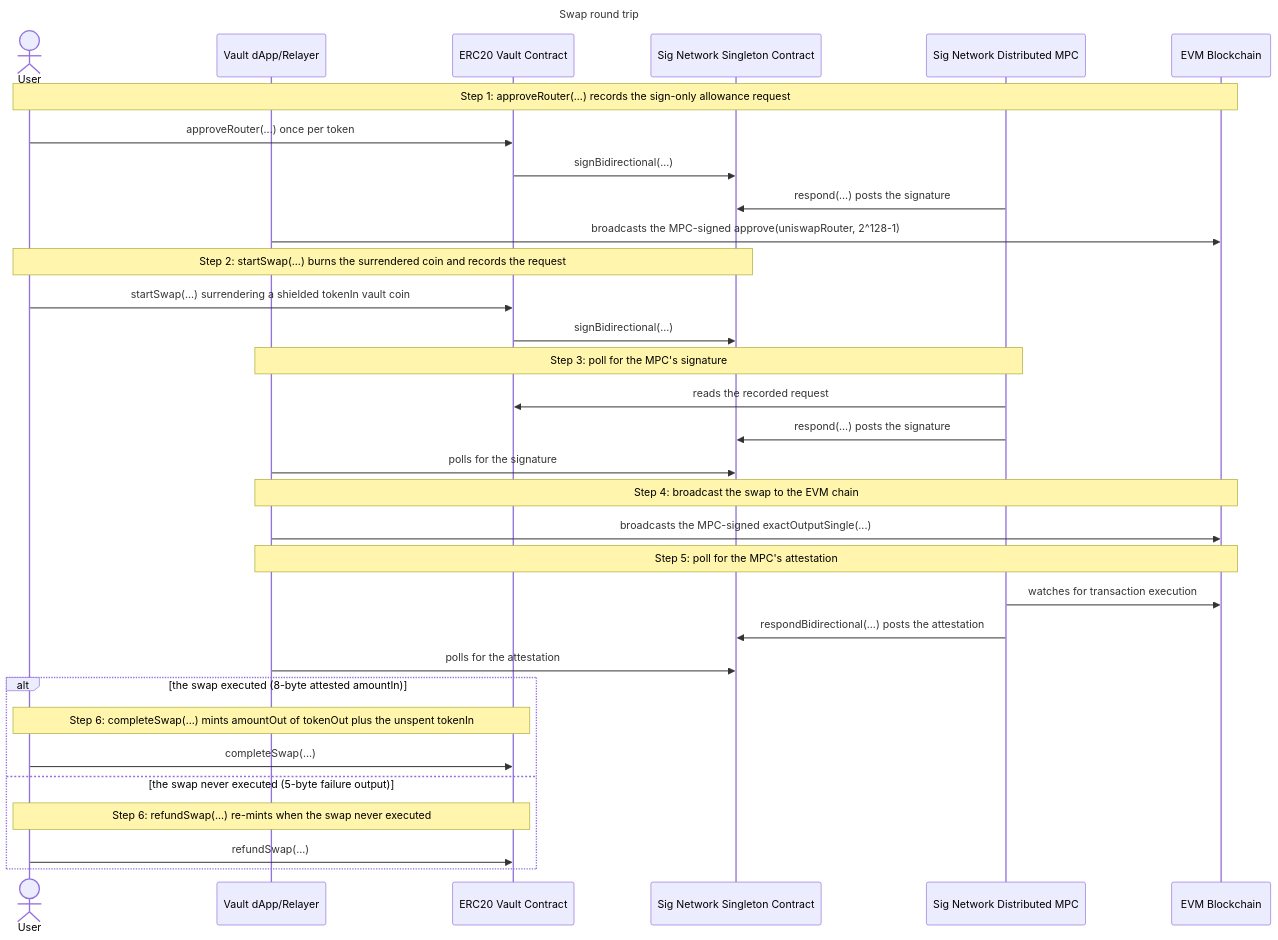
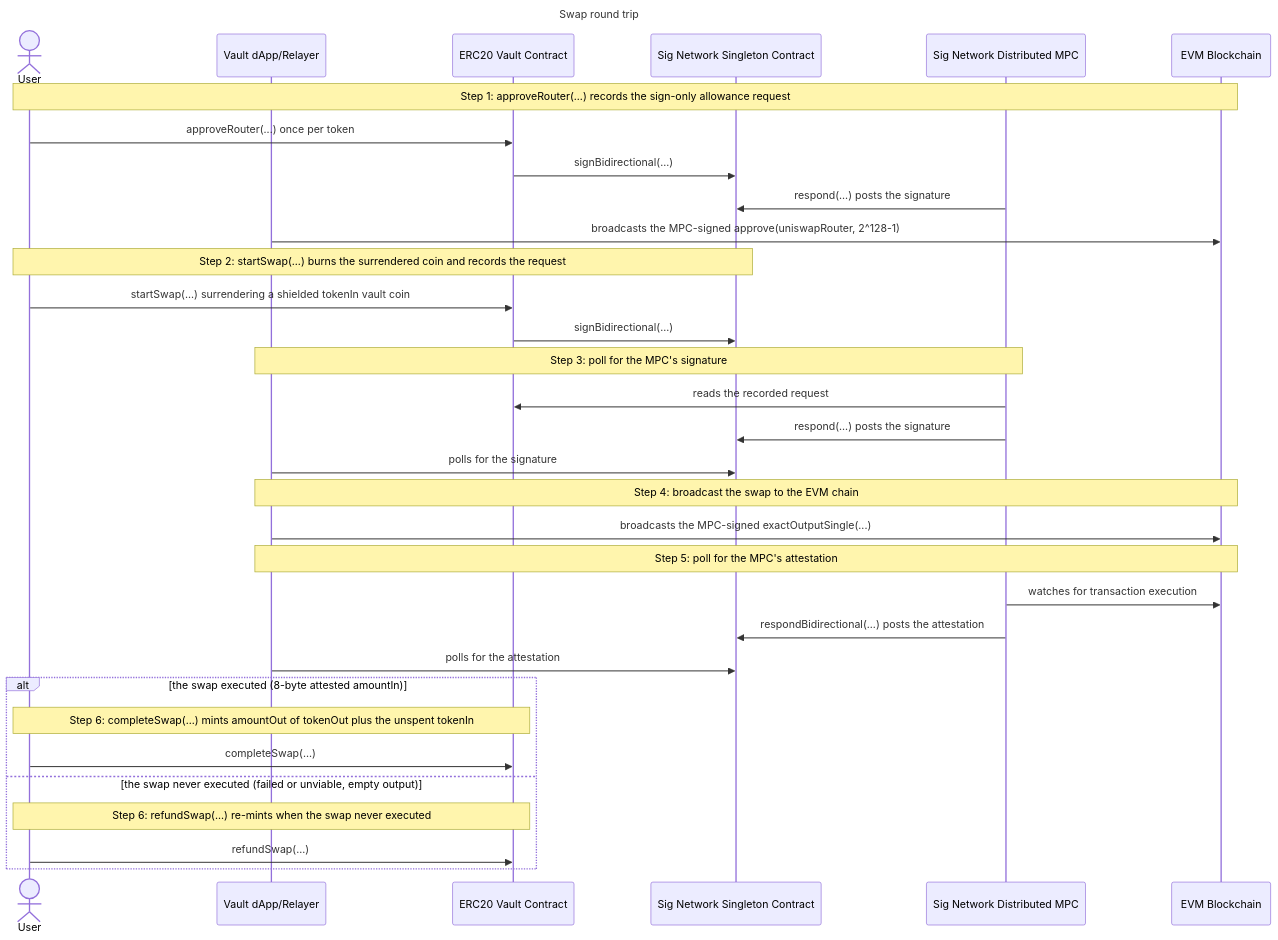
The diagram in examples/erc20-vault/docs/swap/swap.md (sig-net/midnight-examples), drawn with Mermaid before and after one commit. The commit also changed other lines of this file and 40 other files, not shown here.

````diff
--- a/examples/erc20-vault/docs/swap/swap.md
+++ b/examples/erc20-vault/docs/swap/swap.md
@@ -274,36 +279,36 @@
 ```mermaid
 sequenceDiagram
     title Swap round trip
     actor User
     participant DApp as Vault dApp/Relayer
     participant Vault as ERC20 Vault Contract
     participant Singleton as Sig Network Singleton Contract
     participant MPC as Sig Network Distributed MPC
     participant EVM as EVM Blockchain
 
     Note over User,EVM: Step 1: approveRouter(...) records the sign-only allowance request
     User->>Vault: approveRouter(...) once per token
     Vault->>Singleton: signBidirectional(...)
     MPC->>Singleton: respond(...) posts the signature
     DApp->>EVM: broadcasts the MPC-signed approve(uniswapRouter, 2^128-1)
     Note over User,Singleton: Step 2: startSwap(...) burns the surrendered coin and records the request
     User->>Vault: startSwap(...) surrendering a shielded tokenIn vault coin
     Vault->>Singleton: signBidirectional(...)
     Note over DApp,MPC: Step 3: poll for the MPC's signature
     MPC->>Vault: reads the recorded request
     MPC->>Singleton: respond(...) posts the signature
     DApp->>Singleton: polls for the signature
     Note over DApp,EVM: Step 4: broadcast the swap to the EVM chain
     DApp->>EVM: broadcasts the MPC-signed exactOutputSingle(...)
     Note over DApp,EVM: Step 5: poll for the MPC's attestation
     MPC->>EVM: watches for transaction execution
     MPC->>Singleton: respondBidirectional(...) posts the attestation
     DApp->>Singleton: polls for the attestation
     alt the swap executed (8-byte attested amountIn)
         Note over User,Vault: Step 6: completeSwap(...) mints amountOut of tokenOut plus the unspent tokenIn
         User->>Vault: completeSwap(...)
-    else the swap never executed (5-byte failure output)
+    else the swap never executed (failed or unviable, empty output)
         Note over User,Vault: Step 6: refundSwap(...) re-mints when the swap never executed
         User->>Vault: refundSwap(...)
     end
 ```
````
